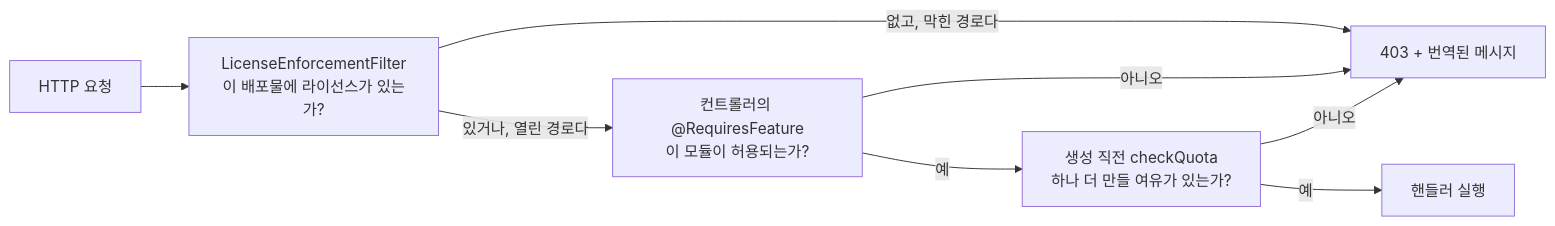
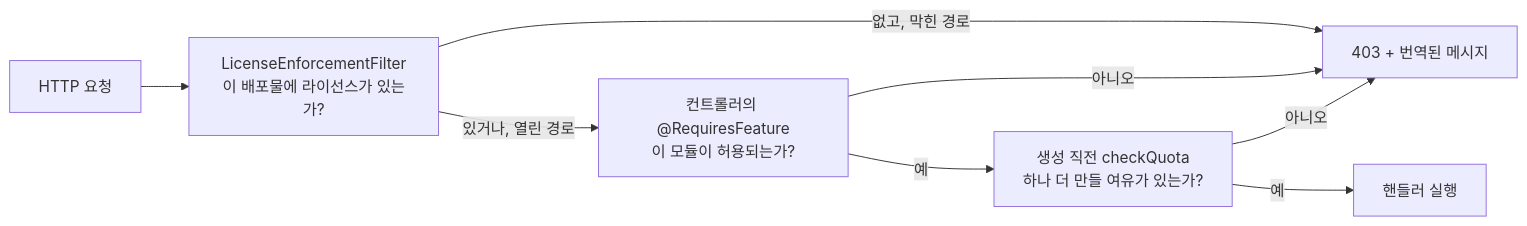
The second of 2 diagrams in docs/manual/ko/java.md (accesscore-dev/accesscore-license-sdk-dist), drawn with Mermaid before and after one commit. The commit also changed other lines of this file and 6 other files, not shown here.

Commit message:
docs: hold the Korean diagrams to the same style as the prose

````diff
--- a/docs/manual/ko/java.md
+++ b/docs/manual/ko/java.md
@@ -178,10 +178,10 @@
 ```mermaid
 flowchart LR
     R[HTTP 요청] --> F[LicenseEnforcementFilter<br/>이 배포물에 라이선스가 있는가?]
-    F -->|없고, 막힌 경로다| X403[403 + 번역된 메시지]
-    F -->|있거나, 열린 경로다| A["컨트롤러의 @RequiresFeature<br/>이 모듈이 허용되는가?"]
+    F -->|없고, 막힌 경로| X403[403 + 번역된 메시지]
+    F -->|있거나, 열린 경로| A["컨트롤러의 @RequiresFeature<br/>이 모듈이 허용되는가?"]
     A -->|아니오| X403
     A -->|예| Q[생성 직전 checkQuota<br/>하나 더 만들 여유가 있는가?]
     Q -->|아니오| X403
     Q -->|예| H[핸들러 실행]
 ```
````
